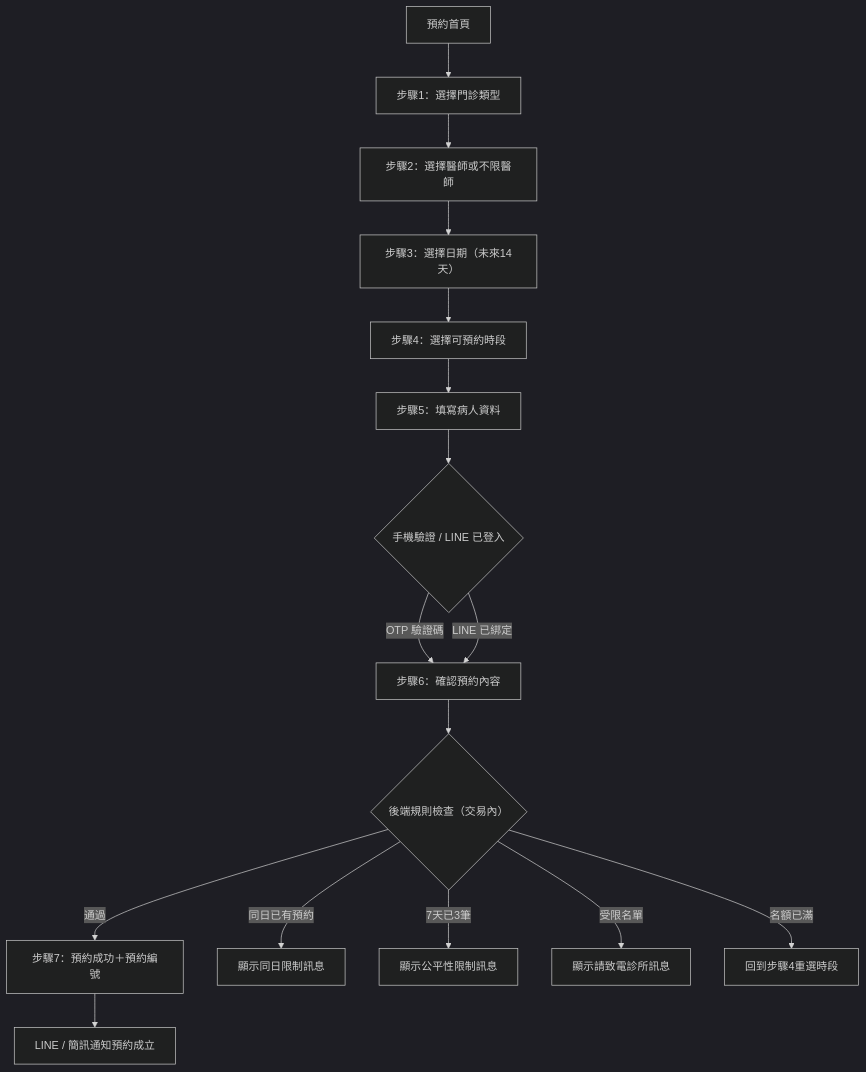
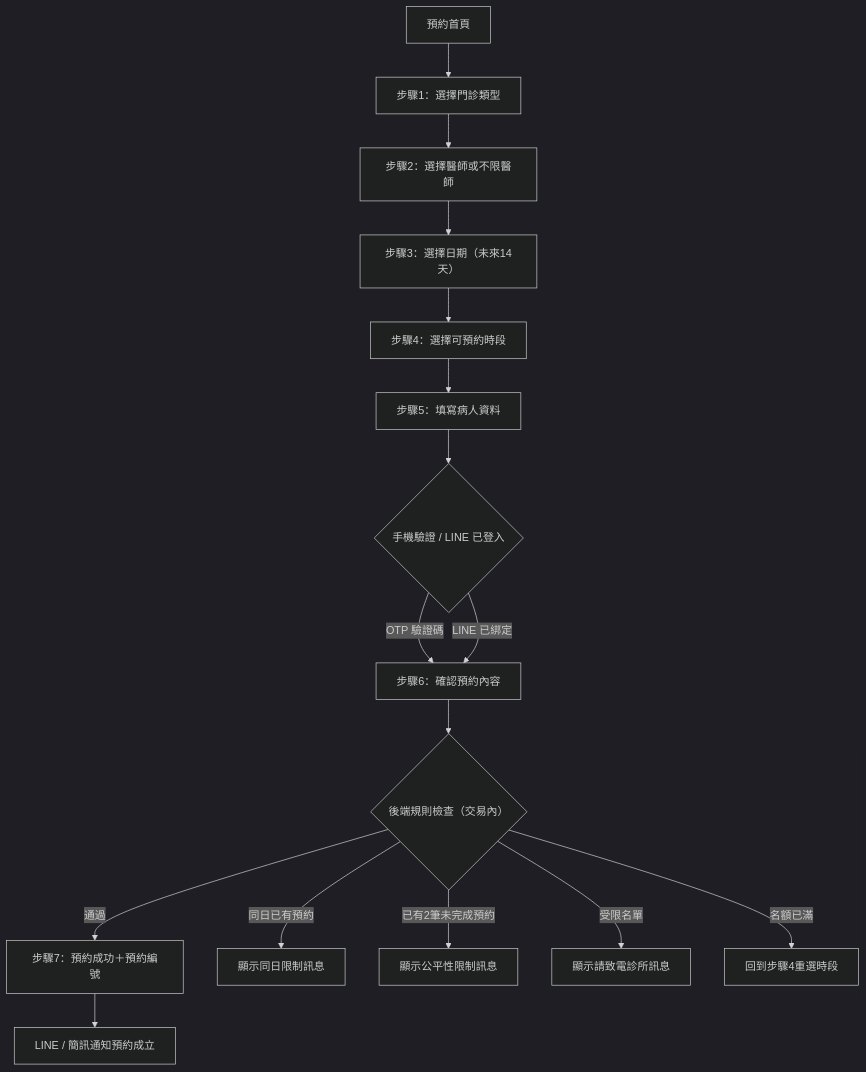
The first of 4 diagrams in booking-system/docs/02-使用流程.md (lubitsai/lihsin-clinic), drawn with Mermaid (dark theme) before and after one commit. The commit also changed other lines of this file and 18 other files, not shown here.

````diff
--- a/booking-system/docs/02-使用流程.md
+++ b/booking-system/docs/02-使用流程.md
@@ -5,18 +5,18 @@
 ```mermaid
 flowchart TD
     A[預約首頁] --> B[步驟1：選擇門診類型]
     B --> C[步驟2：選擇醫師或不限醫師]
     C --> D[步驟3：選擇日期（未來14天）]
     D --> E[步驟4：選擇可預約時段]
     E --> F[步驟5：填寫病人資料]
     F --> G{手機驗證 / LINE 已登入}
     G -->|OTP 驗證碼| H[步驟6：確認預約內容]
     G -->|LINE 已綁定| H
     H --> I{後端規則檢查（交易內）}
     I -->|通過| J[步驟7：預約成功＋預約編號]
     I -->|同日已有預約| K[顯示同日限制訊息]
-    I -->|7天已3筆| L[顯示公平性限制訊息]
+    I -->|已有2筆未完成預約| L[顯示公平性限制訊息]
     I -->|受限名單| M[顯示請致電診所訊息]
     I -->|名額已滿| N[回到步驟4重選時段]
     J --> O[LINE / 簡訊通知預約成立]
 ```
````
